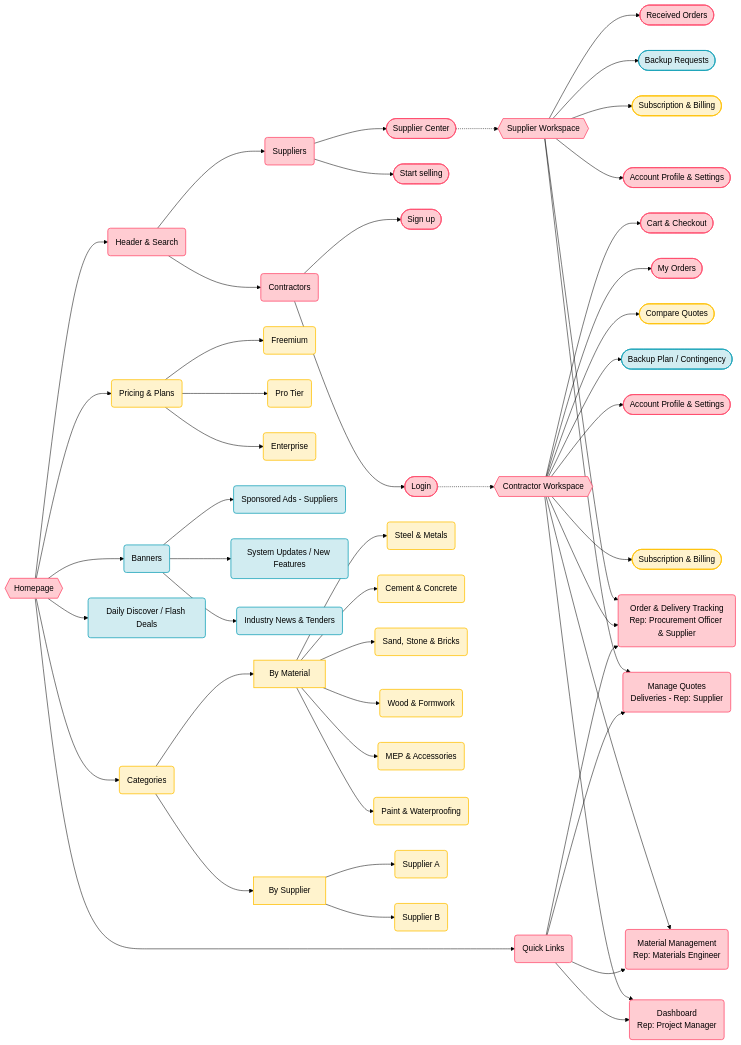
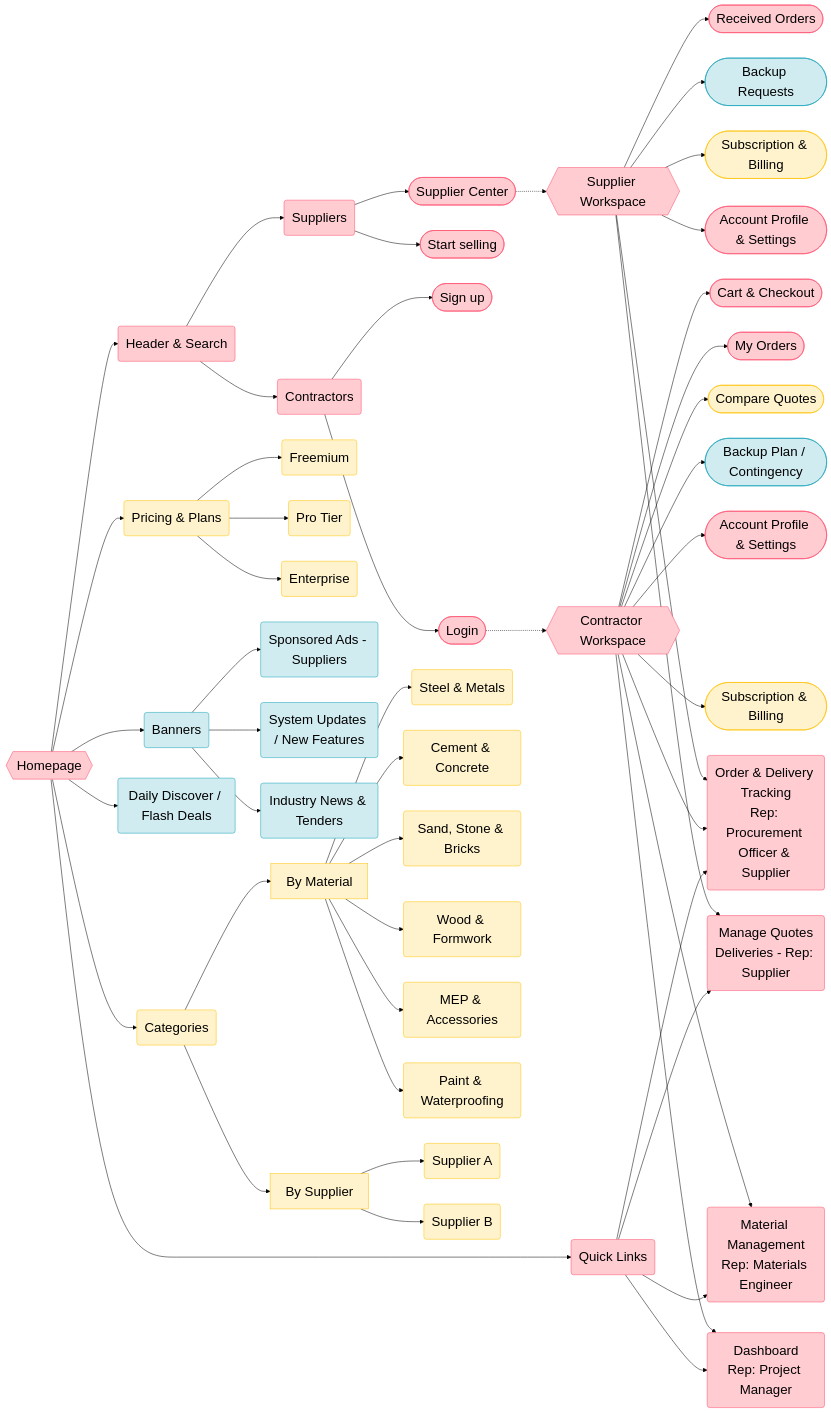
The diagram in README.md (kellyblossom/Software-Engineering-in-Construction-Information-Systems-Assignment), drawn with Mermaid (forest theme) before and after one commit.

Commit message:
Refine Mermaid graph class definitions
Updated class definitions in the Mermaid graph for improved styling.

```diff
--- a/README.md
+++ b/README.md
@@ -5,9 +5,9 @@
 graph LR
 
     %% Color definition
-    classDef high fill:#ffccd2,stroke:#ff4d6d,stroke-width:1.5px,color:black;
-    classDef med fill:#fff3cd,stroke:#ffc107,stroke-width:1.5px,color:black;
-    classDef low fill:#d1ecf1,stroke:#17a2b8,stroke-width:1.5px,color:black;
+    classDef high fill:#ffccd2,stroke:#ff4d6d,stroke-width:1px,color:black,font-size:26px;
+    classDef med fill:#fff3cd,stroke:#ffc107,stroke-width:1px,color:black,font-size:26px;
+    classDef low fill:#d1ecf1,stroke:#17a2b8,stroke-width:1px,color:black,font-size:26px;
 
     %% Main home page
     A{{Homepage}} --> B(Header & Search)
```
